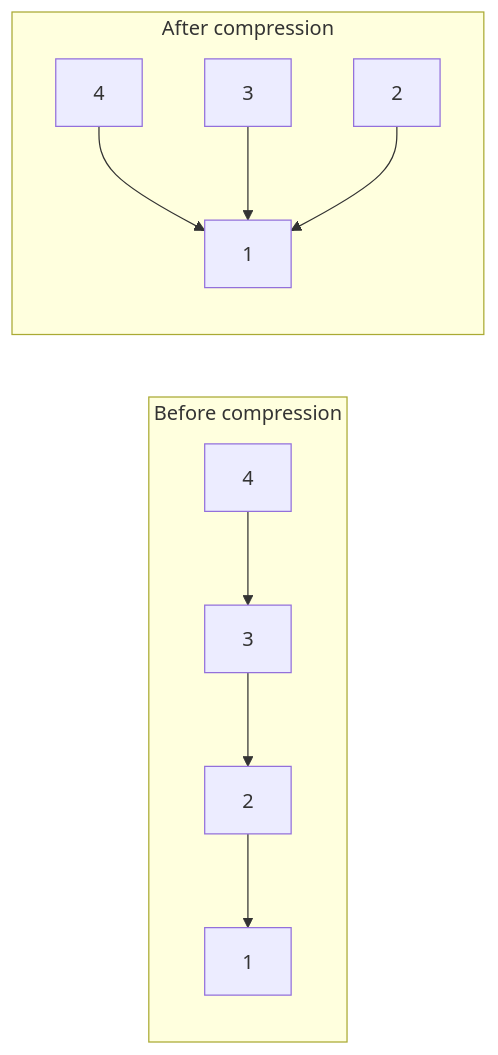
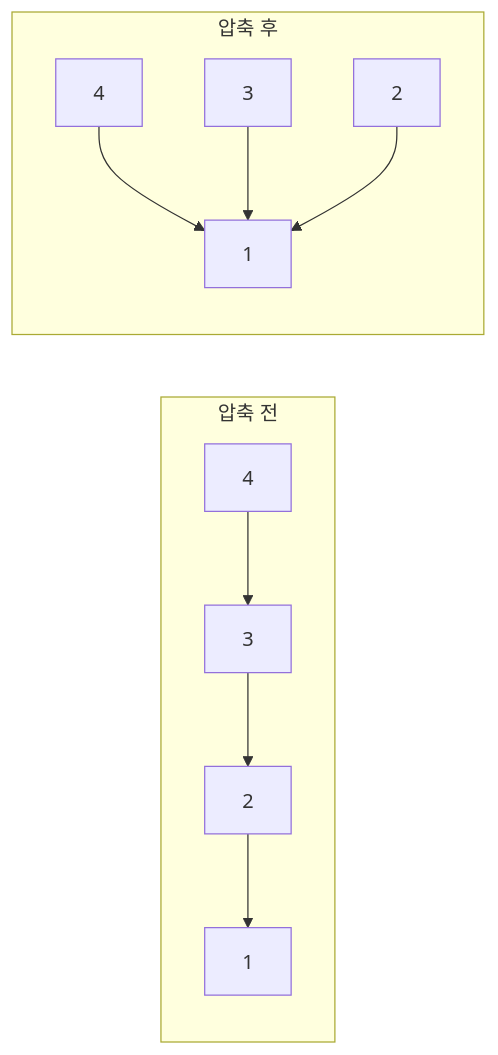
Before and after one commit to mandoobox/mandoobox.github.io: the first of 2 diagrams in _posts/algorithm/2026-03-07-union-find.md, drawn with Mermaid. The commit also changed other lines of this file and 24 other files, not shown here.

Commit message:
feat: mermaid kr

````diff
--- a/_posts/algorithm/2026-03-07-union-find.md
+++ b/_posts/algorithm/2026-03-07-union-find.md
@@ -226,14 +226,14 @@
 ```mermaid
 flowchart LR
-    subgraph BEFORE["Before compression"]
+    subgraph BEFORE["압축 전"]
         A4["4"] --> A3["3"]
         A3 --> A2["2"]
         A2 --> A1["1"]
     end
 
-    subgraph AFTER["After compression"]
+    subgraph AFTER["압축 후"]
         B4["4"] --> B1["1"]
         B3["3"] --> B1
         B2["2"] --> B1
     end
 ```
````
